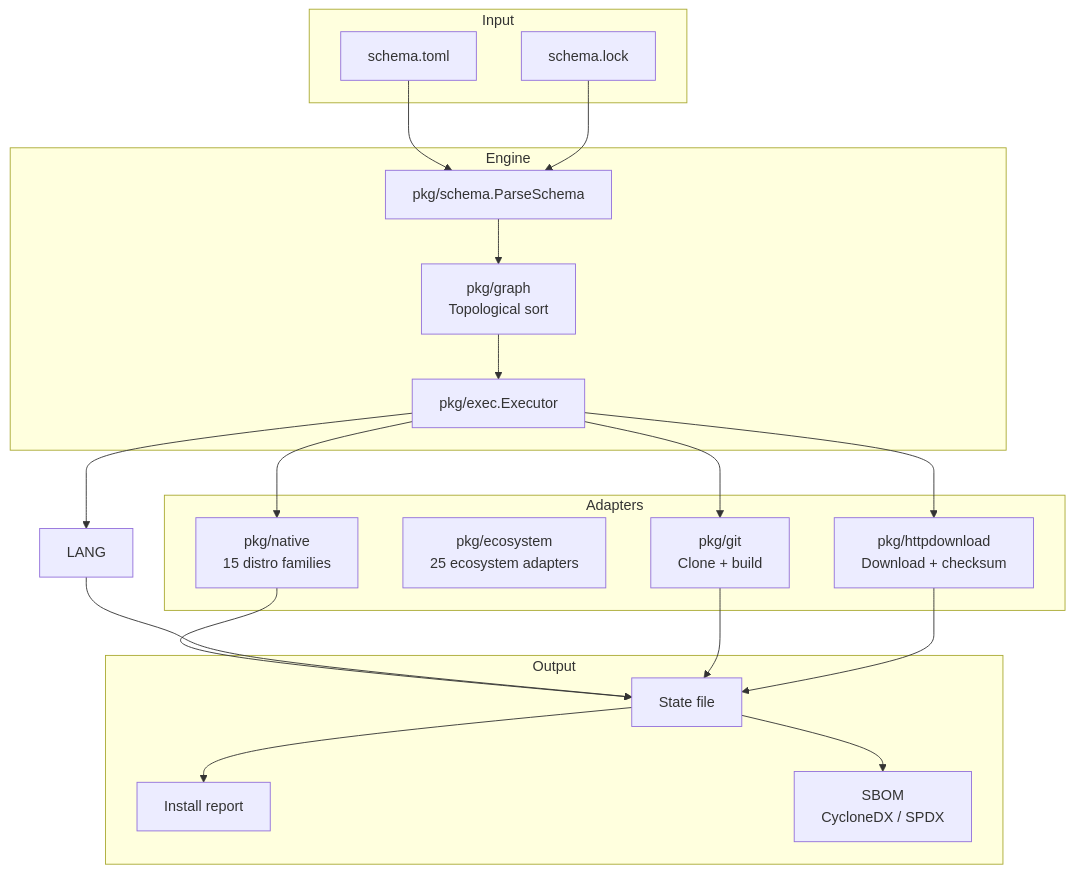
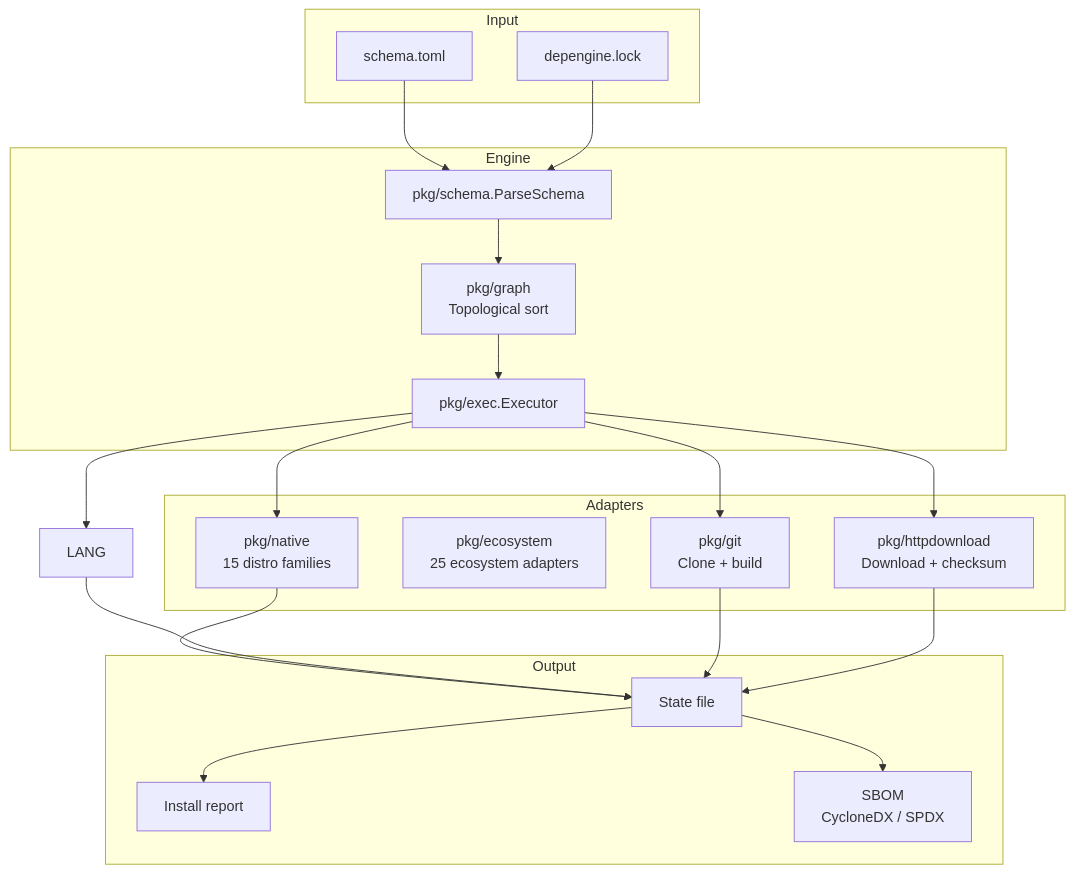
One commit to Khorea1/depengine changed the first of 2 diagrams in README.md. Above: the diagram before and after it, drawn with Mermaid. The commit also changed other lines of this file and 6 other files, not shown here.

````diff
--- a/README.md
+++ b/README.md
@@ -621,41 +621,41 @@
 ```mermaid
 flowchart TB
     subgraph Input
         SCHEMA[schema.toml]
-        LOCK[schema.lock]
+        LOCK[depengine.lock]
     end
 
     subgraph Engine
         PARSER[pkg/schema.ParseSchema]
         GRAPH[pkg/graph\nTopological sort]
         EXEC[pkg/exec.Executor]
     end
 
     subgraph Adapters
         NATIVE[pkg/native\n15 distro families]
         ECOSYSTEM[pkg/ecosystem\n25 ecosystem adapters]
         GIT[pkg/git\nClone + build]
         HTTP[pkg/httpdownload\nDownload + checksum]
     end
 
     subgraph Output
         STATE[State file]
         REPORT[Install report]
         SBOM[SBOM\nCycloneDX / SPDX]
     end
 
     SCHEMA --> PARSER
     LOCK --> PARSER
     PARSER --> GRAPH
     GRAPH --> EXEC
     EXEC --> NATIVE
     EXEC --> LANG
     EXEC --> GIT
     EXEC --> HTTP
     NATIVE --> STATE
     LANG --> STATE
     GIT --> STATE
     HTTP --> STATE
     STATE --> REPORT
     STATE --> SBOM
 ```
````
